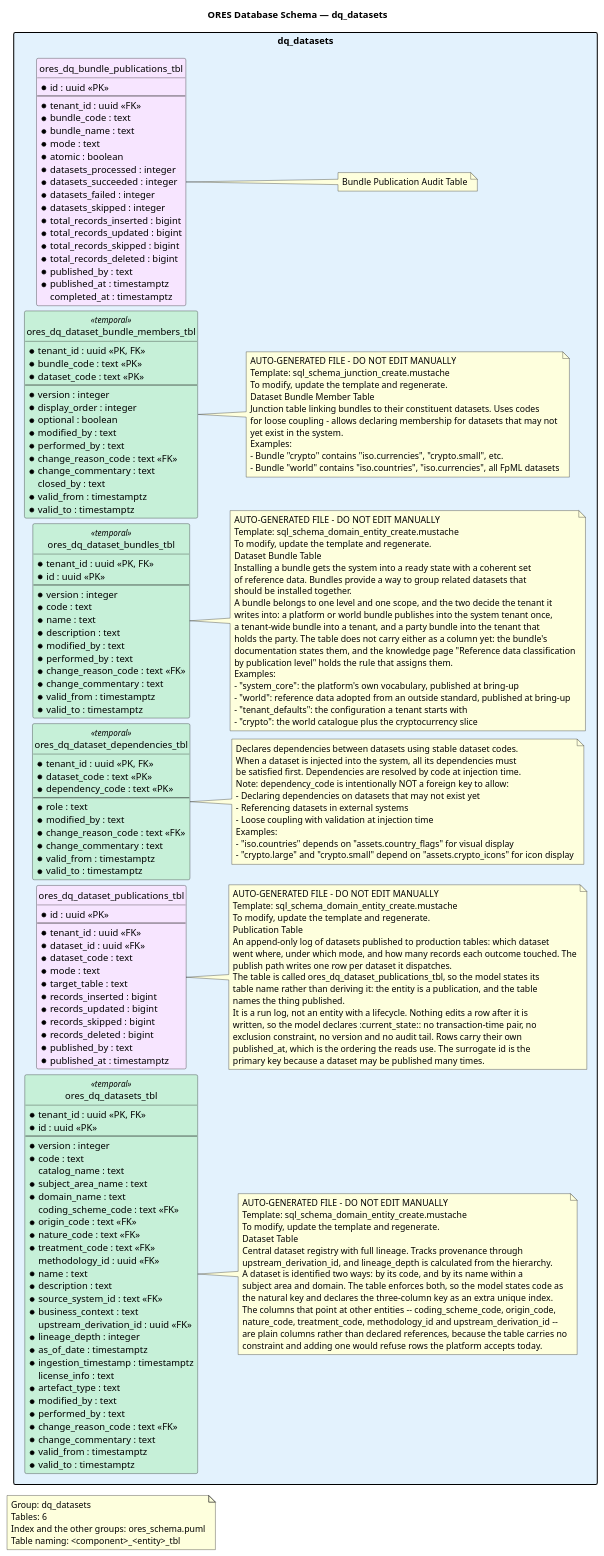
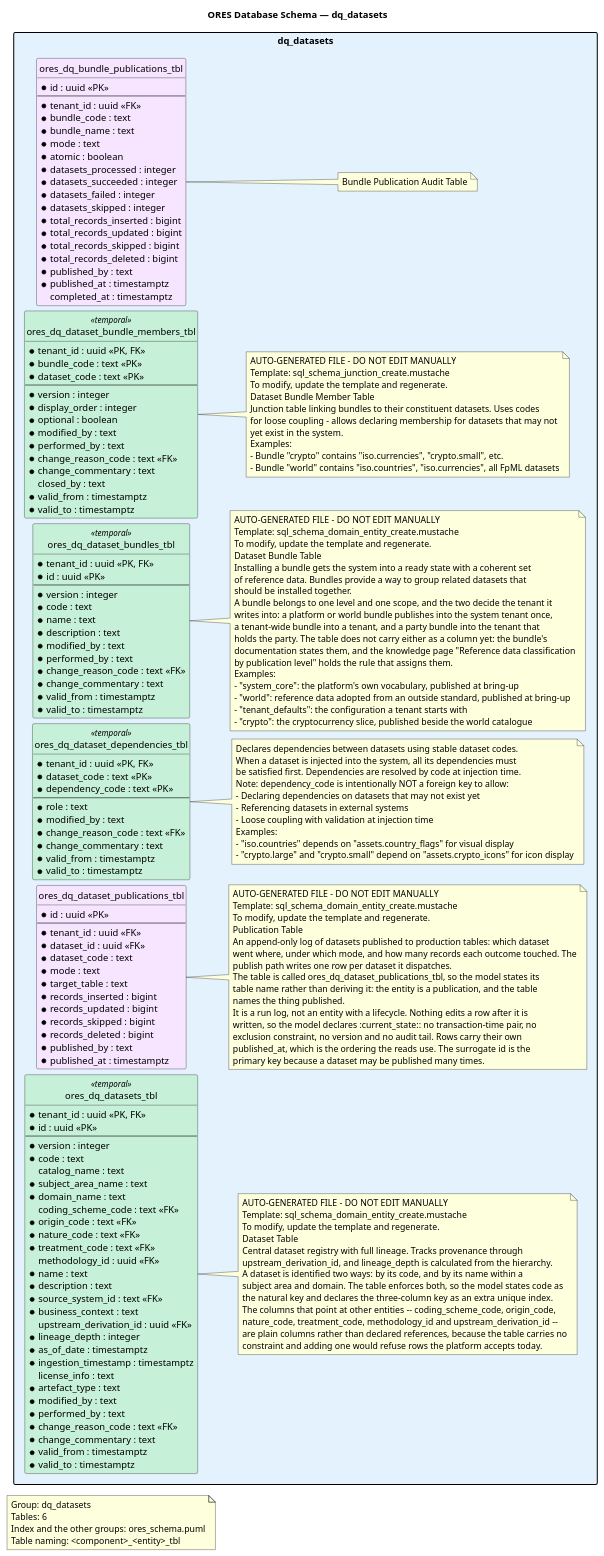
Before and after one commit to OreStudio/OreStudio: the diagram in projects/ores.sql/modeling/ores_schema.dq_datasets.puml, drawn with PlantUML. The commit also changed 1 other file, not shown here.

Commit message:
[sql] Regenerate the ER diagrams the dq bundle notes changed
The world and tenant defaults split on main changed the notes the iam and
dq_datasets diagrams carry, and the diagrams were not regenerated.

Environment: clever_dijkstra
Story-ID: BE2FF8F5-3AC6-4B7C-B1BB-4EA480DE2C29
Task-ID: ABFE5452-57B4-4621-86A4-011CF2B03E6A

```diff
--- a/projects/ores.sql/modeling/ores_schema.dq_datasets.puml
+++ b/projects/ores.sql/modeling/ores_schema.dq_datasets.puml
@@ -130,7 +130,7 @@
     - "system_core": the platform's own vocabulary, published at bring-up
     - "world": reference data adopted from an outside standard, published at bring-up
     - "tenant_defaults": the configuration a tenant starts with
-    - "crypto": the world catalogue plus the cryptocurrency slice
+    - "crypto": the cryptocurrency slice, published beside the world catalogue
     end note
 
     entity ores_dq_dataset_dependencies_tbl <<temporal>> #C6F0D8 {
```
